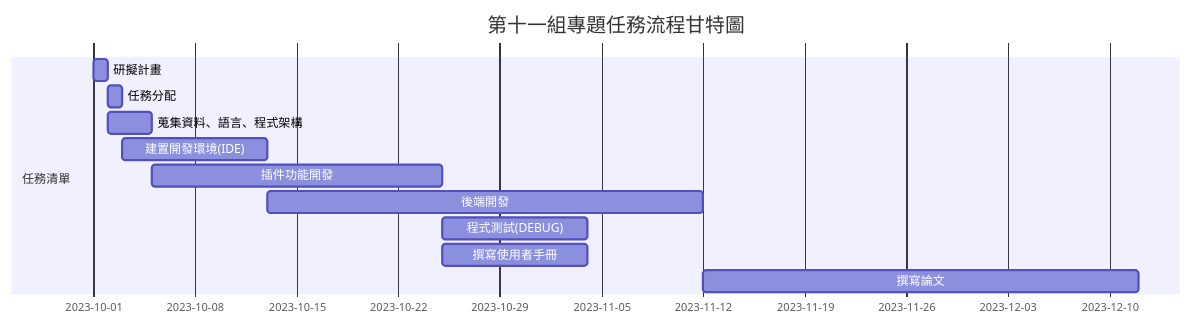
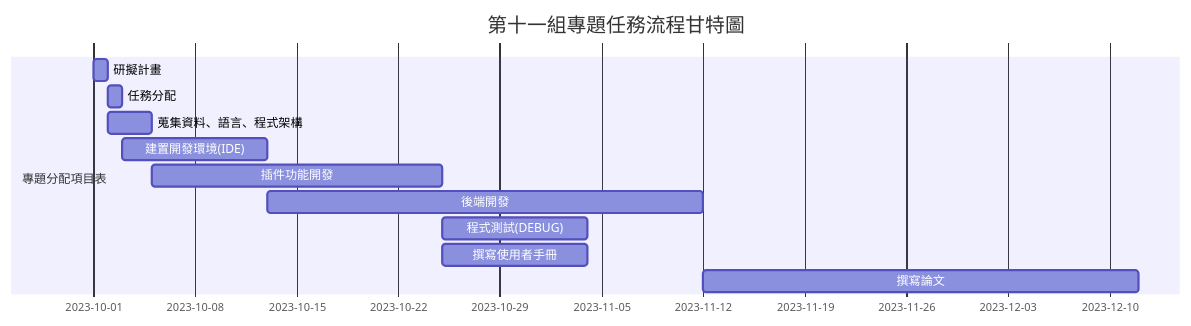
Before and after one commit to MITC110118132/No.11: the diagram in README.md, drawn with Mermaid.

````diff
--- a/README.md
+++ b/README.md
@@ -4,15 +4,15 @@
 ```mermaid
 gantt
     title 第十一組專題任務流程甘特圖
 
-    section 任務清單
+    section 專題分配項目表
     研擬計畫           :a1, 2023-10-01, 1d
     任務分配          :a2, after a1  , 1d
     蒐集資料、語言、程式架構           :a3, after a1  , 3d
     建置開發環境(IDE)           :a4, after a2  , 10d
     插件功能開發           :a5, after a3  , 20d
     後端開發      :a6, after a4  , 30d
     程式測試(DEBUG)        :a7, after a5  , 10d
     撰寫使用者手冊           :a8, after a5  , 10d
     撰寫論文           :a9, after a6  , 30d
 ```
````
